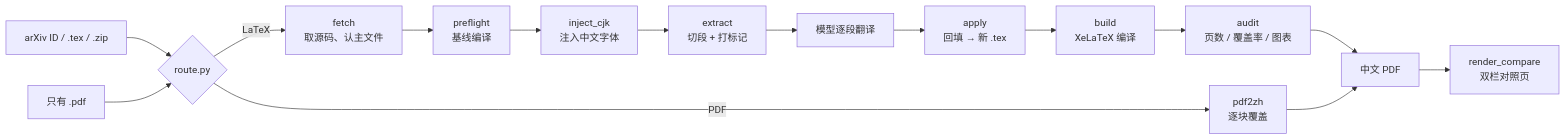
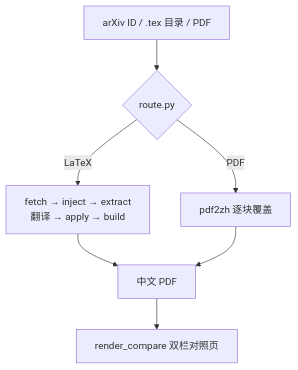
Before and after one commit to hellow-world-collab/paper-translation-skill: the diagram in README.md, drawn with Mermaid.

Commit message:
docs: 流水线图改成竖排精简版，避免横向挤压成看不清

````diff
--- a/README.md
+++ b/README.md
@@ -110,17 +110,9 @@
 ```mermaid
-flowchart LR
-    A["arXiv ID / .tex / .zip"] --> R{"route.py"}
-    A2["只有 .pdf"] --> R
-    R -->|LaTeX| F["fetch<br/>取源码、认主文件"]
-    F --> P["preflight<br/>基线编译"]
-    P --> J["inject_cjk<br/>注入中文字体"]
-    J --> E["extract<br/>切段 + 打标记"]
-    E --> T["模型逐段翻译"]
-    T --> AP["apply<br/>回填 → 新 .tex"]
-    AP --> B["build<br/>XeLaTeX 编译"]
-    B --> AU["audit<br/>页数 / 覆盖率 / 图表"]
-    R -->|PDF| PZ["pdf2zh<br/>逐块覆盖"]
-    AU --> O["中文 PDF"]
-    PZ --> O
-    O --> C["render_compare<br/>双栏对照页"]
+flowchart TD
+    A["arXiv ID / .tex 目录 / PDF"] --> R{"route.py"}
+    R -->|LaTeX| L["fetch → inject → extract<br/>翻译 → apply → build"]
+    R -->|PDF| P["pdf2zh 逐块覆盖"]
+    L --> O["中文 PDF"]
+    P --> O
+    O --> C["render_compare 双栏对照页"]
 ```
````
